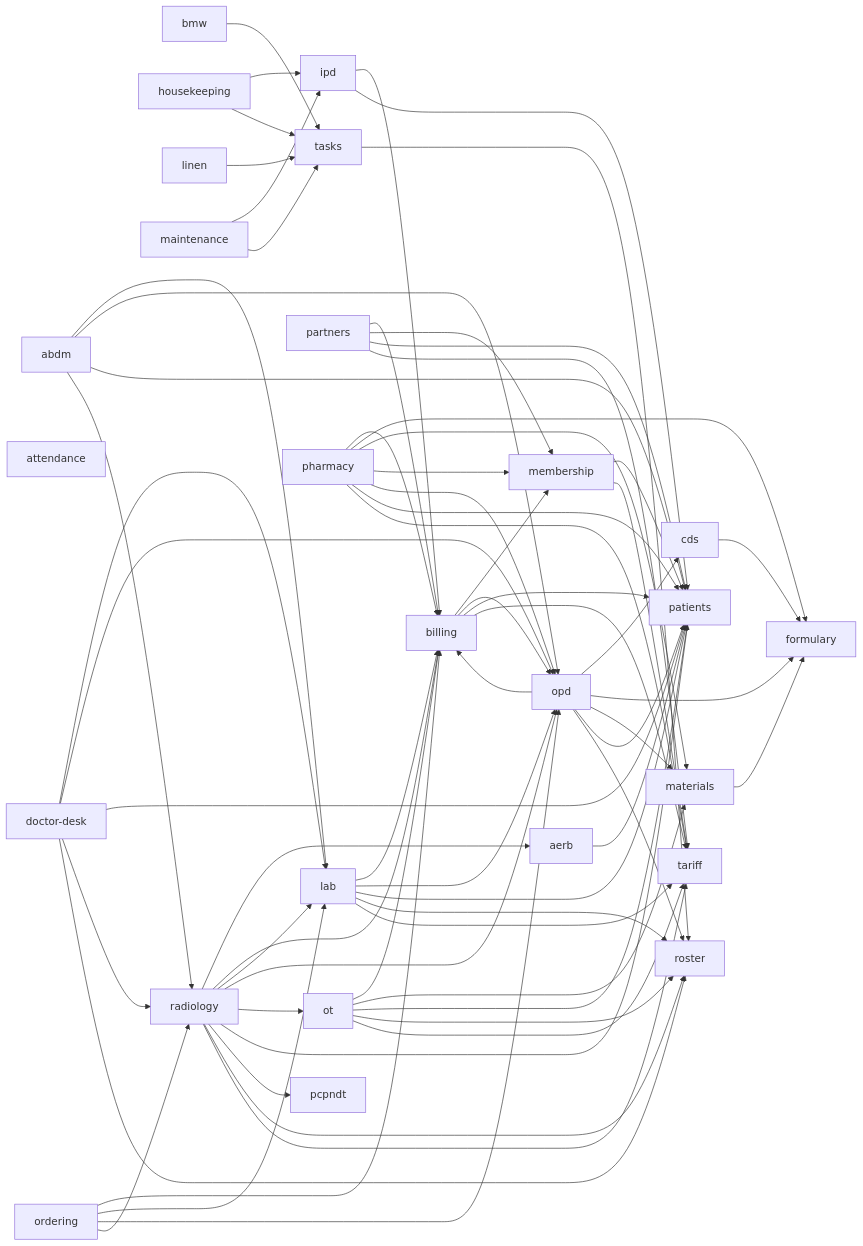
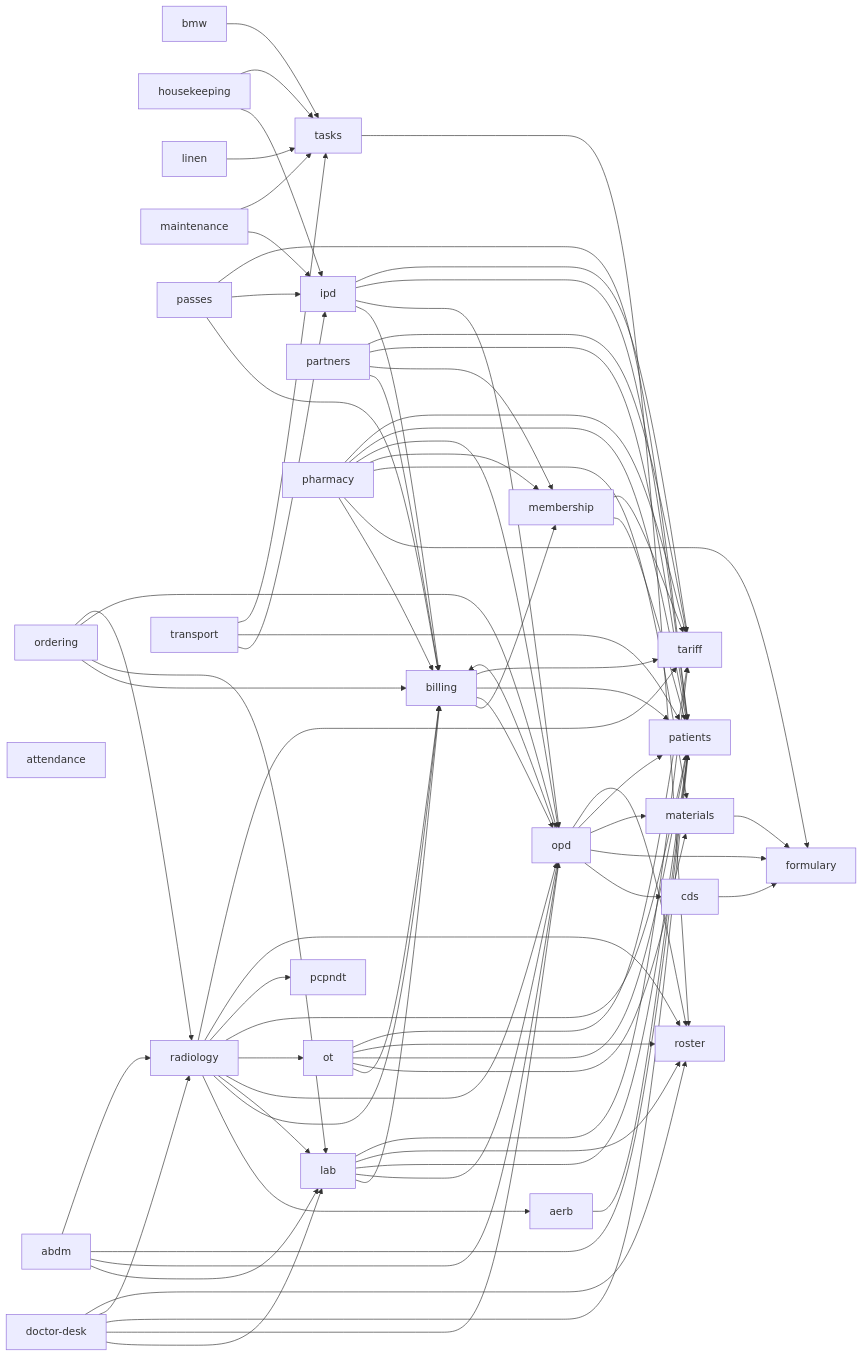
Before and after one commit to ankits3a/hims-hmis: the second of 2 diagrams in docs/architecture/README.md, drawn with Mermaid. The commit also changed other lines of this file and 50 other files, not shown here.

````diff
--- a/docs/architecture/README.md
+++ b/docs/architecture/README.md
@@ -49,6 +49,7 @@
   ordering[ordering]
   ot[ot]
   partners[partners]
+  passes[passes]
   patients[patients]
   pcpndt[pcpndt]
   pharmacy[pharmacy]
@@ -56,6 +57,7 @@
   roster[roster]
   tariff[tariff]
   tasks[tasks]
+  transport[transport]
   abdm --> lab
   abdm --> opd
   abdm --> patients
@@ -75,7 +77,9 @@
   housekeeping --> ipd
   housekeeping --> tasks
   ipd --> billing
+  ipd --> opd
   ipd --> patients
+  ipd --> tariff
   lab --> billing
   lab --> opd
   lab --> patients
@@ -106,6 +110,9 @@
   partners --> membership
   partners --> patients
   partners --> tariff
+  passes --> billing
+  passes --> ipd
+  passes --> patients
   pharmacy --> billing
   pharmacy --> formulary
   pharmacy --> materials
@@ -123,4 +130,7 @@
   radiology --> roster
   radiology --> tariff
   tasks --> roster
+  transport --> ipd
+  transport --> patients
+  transport --> tasks
 ```
````
